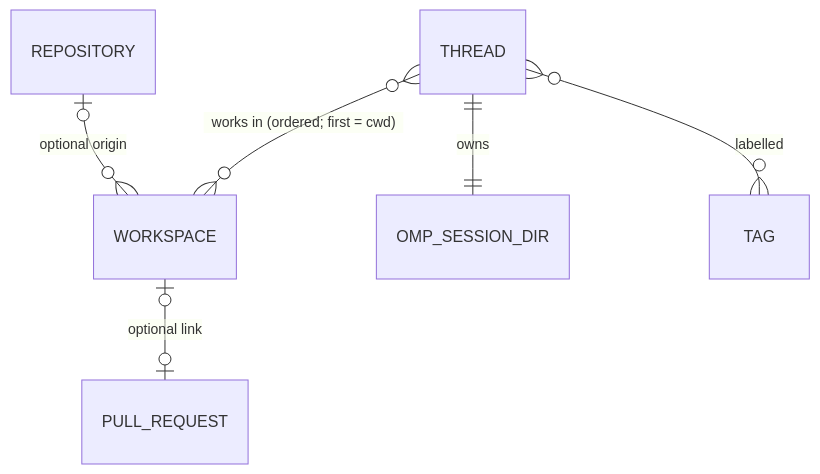
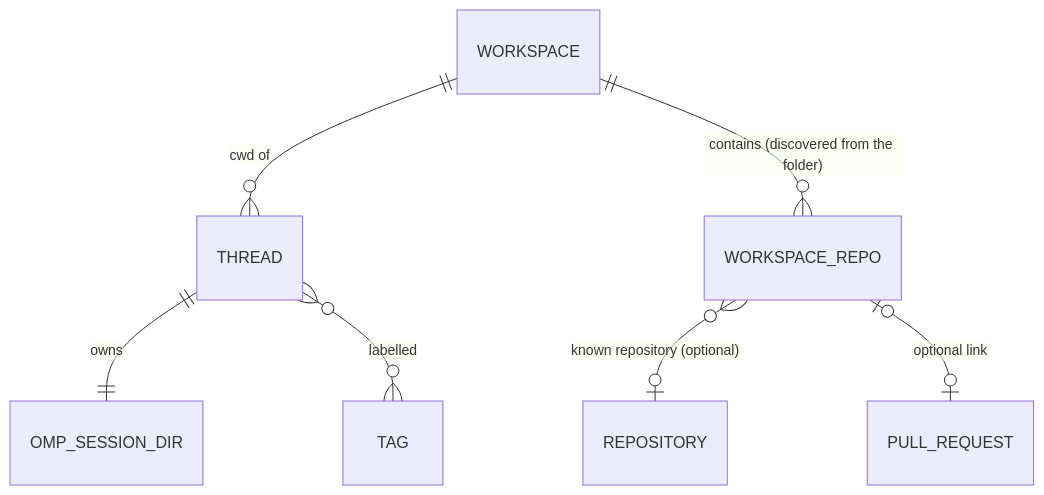
The first of 3 diagrams in docs/specs/00-overview.md (TonioGela/omfp), drawn with Mermaid before and after one commit. The commit also changed other lines of this file and 10 other files, not shown here.

````diff
--- a/docs/specs/00-overview.md
+++ b/docs/specs/00-overview.md
@@ -29,8 +30,9 @@
 ```mermaid
 erDiagram
-  REPOSITORY |o--o{ WORKSPACE : "optional origin"
-  THREAD }o--o{ WORKSPACE : "works in (ordered; first = cwd)"
+  WORKSPACE ||--o{ THREAD : "cwd of"
+  WORKSPACE ||--o{ WORKSPACE_REPO : "contains (discovered from the folder)"
+  WORKSPACE_REPO }o--o| REPOSITORY : "known repository (optional)"
   THREAD ||--|| OMP_SESSION_DIR : "owns"
   THREAD }o--o{ TAG : "labelled"
-  WORKSPACE |o--o| PULL_REQUEST : "optional link"
+  WORKSPACE_REPO |o--o| PULL_REQUEST : "optional link"
 ```
````
